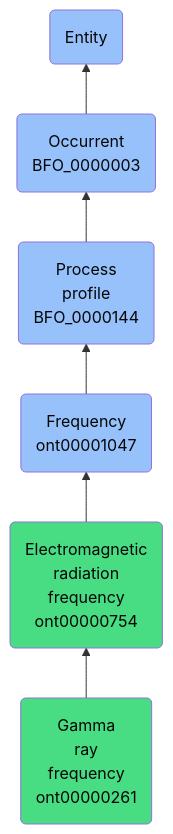
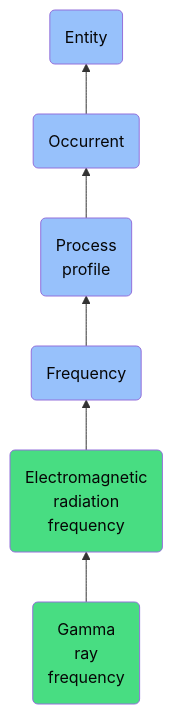
The diagram in docs/ontology/reference/model/Entity/Occurrent/Process profile/Frequency/Electromagnetic radiation frequency/Gamma ray frequency/Gamma ray frequency.md (jupyter-naas/abi), drawn with Mermaid before and after one commit. The commit also changed other lines of this file and 1430 other files, not shown here.

````diff
--- a/docs/ontology/reference/model/Entity/Occurrent/Process profile/Frequency/Electromagnetic radiation frequency/Gamma ray frequency/Gamma ray frequency.md
+++ b/docs/ontology/reference/model/Entity/Occurrent/Process profile/Frequency/Electromagnetic radiation frequency/Gamma ray frequency/Gamma ray frequency.md
@@ -24,13 +24,13 @@
 ```mermaid
 graph BT
-    ont00000261(Gamma<br>ray<br>frequency<br>ont00000261):::ABI-->ont00000754
-    ont00000754(Electromagnetic<br>radiation<br>frequency<br>ont00000754):::ABI-->ont00001047
-    ont00001047(Frequency<br>ont00001047):::BFO-->BFO_0000144
-    BFO_0000144(Process<br>profile<br>BFO_0000144):::BFO-->BFO_0000003
-    BFO_0000003(Occurrent<br>BFO_0000003):::BFO-->BFO_0000001
+    ont00000261(Gamma<br>ray<br>frequency):::ABI-->ont00000754
+    ont00000754(Electromagnetic<br>radiation<br>frequency):::ABI-->ont00001047
+    ont00001047(Frequency):::BFO-->BFO_0000144
+    BFO_0000144(Process<br>profile):::BFO-->BFO_0000003
+    BFO_0000003(Occurrent):::BFO-->BFO_0000001
     BFO_0000001(Entity):::BFO
     
     classDef BFO fill:#97c1fb,color:#060606
     classDef CCO fill:#e4c51e,color:#060606
     classDef ABI fill:#48DD82,color:#060606
 ```
````
